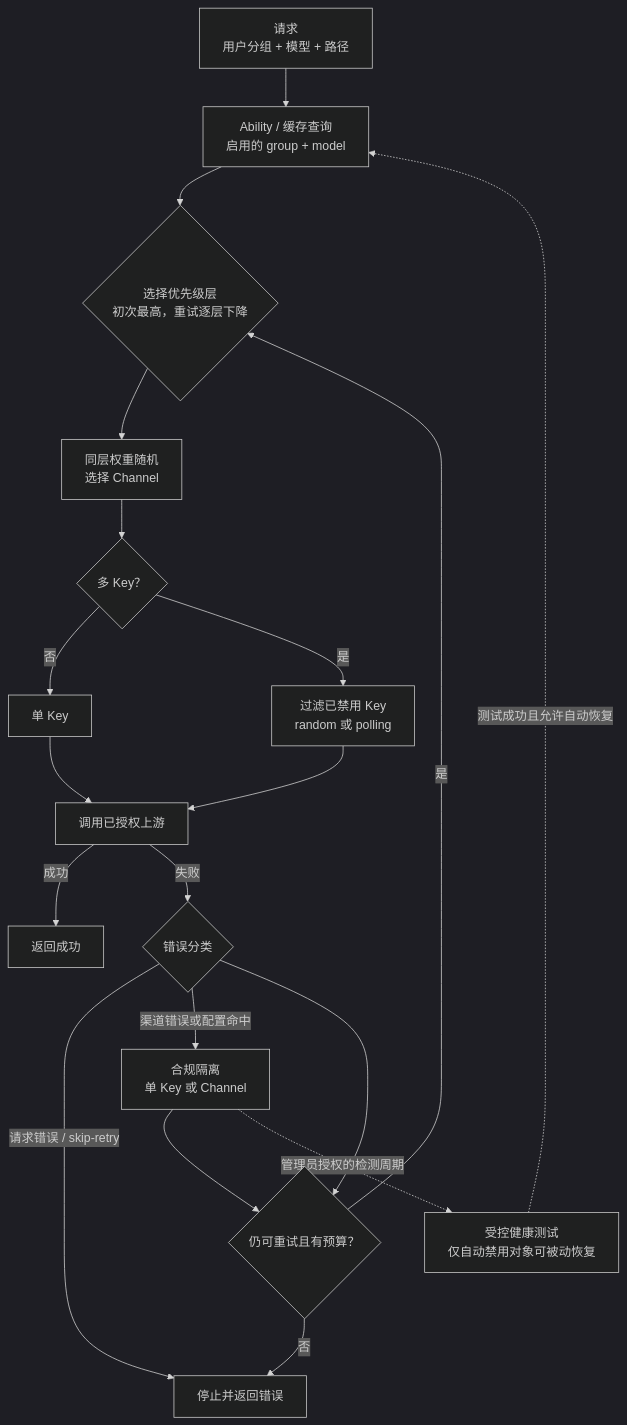
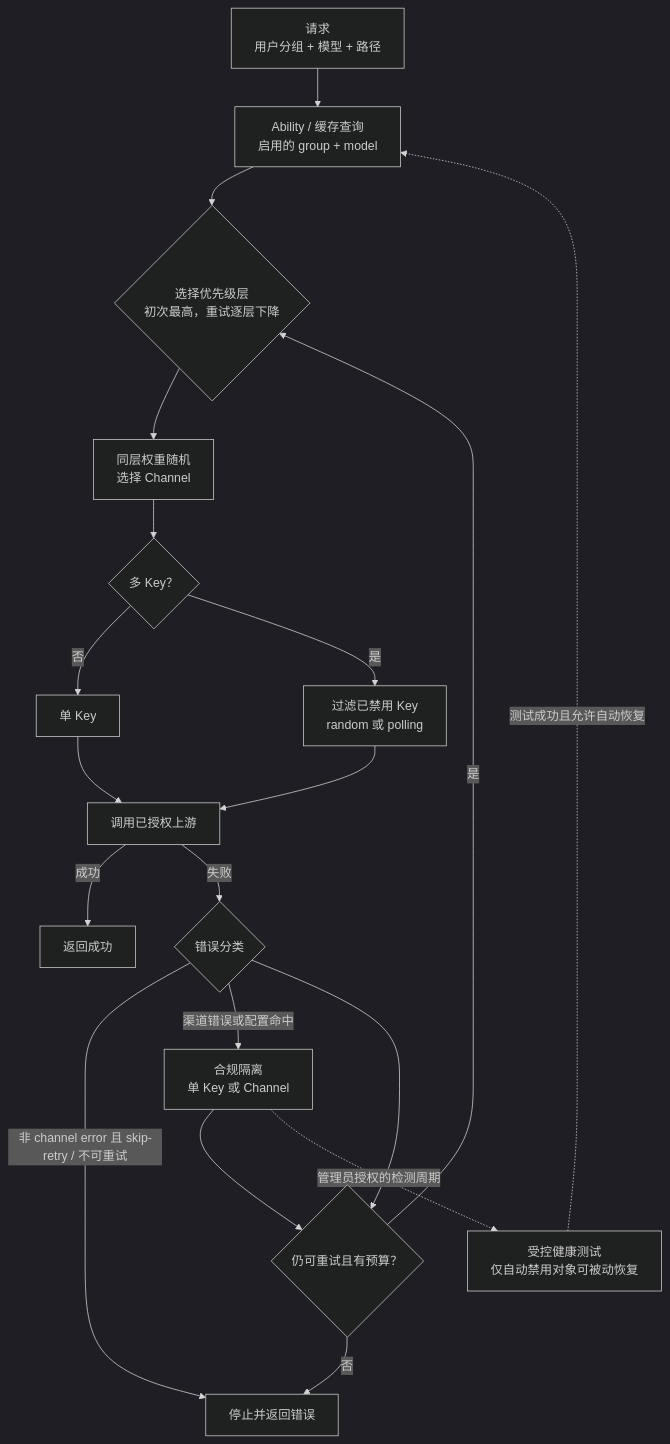
Before and after one commit to sealday/agentic-architecture-atlas: the diagram in content/cases/new-api-channel-pool-routing.mdx, drawn with Mermaid (dark theme). The commit also changed other lines of this file, not shown here.

Commit message:
docs: clarify New API channel error retries

````diff
--- a/content/cases/new-api-channel-pool-routing.mdx
+++ b/content/cases/new-api-channel-pool-routing.mdx
@@ -120,31 +120,31 @@
 ```mermaid
 flowchart TD
     REQ["请求\n用户分组 + 模型 + 路径"]
     AB["Ability / 缓存查询\n启用的 group + model"]
     P{"选择优先级层\n初次最高，重试逐层下降"}
     W["同层权重随机\n选择 Channel"]
     K{"多 Key？"}
     SK["单 Key"]
     MK["过滤已禁用 Key\nrandom 或 polling"]
     UP["调用已授权上游"]
     OK["返回成功"]
     ERR{"错误分类"}
     STOP["停止并返回错误"]
     ISO["合规隔离\n单 Key 或 Channel"]
     RETRY{"仍可重试且有预算？"}
     TEST["受控健康测试\n仅自动禁用对象可被动恢复"]
 
     REQ --> AB --> P --> W --> K
     K -->|"否"| SK --> UP
     K -->|"是"| MK --> UP
     UP -->|"成功"| OK
     UP -->|"失败"| ERR
-    ERR -->|"请求错误 / skip-retry"| STOP
+    ERR -->|"非 channel error 且 skip-retry / 不可重试"| STOP
     ERR -->|"渠道错误或配置命中"| ISO
     ERR --> RETRY
     ISO --> RETRY
     RETRY -->|"是"| P
     RETRY -->|"否"| STOP
     ISO -. "管理员授权的检测周期" .-> TEST
     TEST -. "测试成功且允许自动恢复" .-> AB
 ```
````
